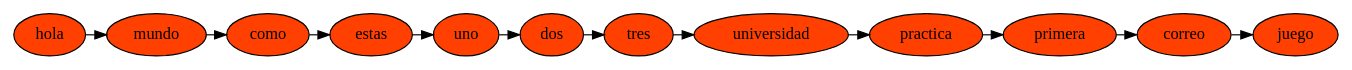
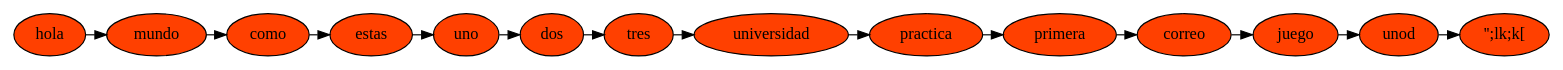
The diagram in practica1Scrabble/diccionario.dot (Toto95/Practica1s12017_201408515), drawn with Graphviz before and after one commit. The commit also changed 43 other files, not shown here.

```diff
--- a/practica1Scrabble/diccionario.dot
+++ b/practica1Scrabble/diccionario.dot
@@ -1,36 +1,42 @@
 digraph B{
-nodo1433899693 -> nodo1178848161
-{rank = same; nodo1433899693 nodo1178848161}
-nodo1433899693[label="hola",style=filled, fillcolor="#FF4000"]
-nodo1178848161 -> nodo1149199685
-{rank = same; nodo1178848161 nodo1149199685}
-nodo1178848161[label="mundo",style=filled, fillcolor="#FF4000"]
-nodo1149199685 -> nodo1822855035
-{rank = same; nodo1149199685 nodo1822855035}
-nodo1149199685[label="como",style=filled, fillcolor="#FF4000"]
-nodo1822855035 -> nodo95263416
-{rank = same; nodo1822855035 nodo95263416}
-nodo1822855035[label="estas",style=filled, fillcolor="#FF4000"]
-nodo95263416 -> nodo1567315823
-{rank = same; nodo95263416 nodo1567315823}
-nodo95263416[label="uno",style=filled, fillcolor="#FF4000"]
-nodo1567315823 -> nodo1644250314
-{rank = same; nodo1567315823 nodo1644250314}
-nodo1567315823[label="dos",style=filled, fillcolor="#FF4000"]
-nodo1644250314 -> nodo981779110
-{rank = same; nodo1644250314 nodo981779110}
-nodo1644250314[label="tres",style=filled, fillcolor="#FF4000"]
-nodo981779110 -> nodo1393944340
-{rank = same; nodo981779110 nodo1393944340}
-nodo981779110[label="universidad",style=filled, fillcolor="#FF4000"]
-nodo1393944340 -> nodo1422000694
-{rank = same; nodo1393944340 nodo1422000694}
-nodo1393944340[label="practica",style=filled, fillcolor="#FF4000"]
-nodo1422000694 -> nodo1015884656
-{rank = same; nodo1422000694 nodo1015884656}
-nodo1422000694[label="primera",style=filled, fillcolor="#FF4000"]
-nodo1015884656 -> nodo536895413
-{rank = same; nodo1015884656 nodo536895413}
-nodo1015884656[label="correo",style=filled, fillcolor="#FF4000"]
-nodo536895413[label="juego",style=filled, fillcolor="#FF4000"]
+nodo900205517 -> nodo542994109
+{rank = same; nodo900205517 nodo542994109}
+nodo900205517[label="hola",style=filled, fillcolor="#FF4000"]
+nodo542994109 -> nodo1962109422
+{rank = same; nodo542994109 nodo1962109422}
+nodo542994109[label="mundo",style=filled, fillcolor="#FF4000"]
+nodo1962109422 -> nodo822101732
+{rank = same; nodo1962109422 nodo822101732}
+nodo1962109422[label="como",style=filled, fillcolor="#FF4000"]
+nodo822101732 -> nodo1149486442
+{rank = same; nodo822101732 nodo1149486442}
+nodo822101732[label="estas",style=filled, fillcolor="#FF4000"]
+nodo1149486442 -> nodo266367937
+{rank = same; nodo1149486442 nodo266367937}
+nodo1149486442[label="uno",style=filled, fillcolor="#FF4000"]
+nodo266367937 -> nodo1614006218
+{rank = same; nodo266367937 nodo1614006218}
+nodo266367937[label="dos",style=filled, fillcolor="#FF4000"]
+nodo1614006218 -> nodo1404537422
+{rank = same; nodo1614006218 nodo1404537422}
+nodo1614006218[label="tres",style=filled, fillcolor="#FF4000"]
+nodo1404537422 -> nodo163954119
+{rank = same; nodo1404537422 nodo163954119}
+nodo1404537422[label="universidad",style=filled, fillcolor="#FF4000"]
+nodo163954119 -> nodo87533893
+{rank = same; nodo163954119 nodo87533893}
+nodo163954119[label="practica",style=filled, fillcolor="#FF4000"]
+nodo87533893 -> nodo2068067262
+{rank = same; nodo87533893 nodo2068067262}
+nodo87533893[label="primera",style=filled, fillcolor="#FF4000"]
+nodo2068067262 -> nodo340665186
+{rank = same; nodo2068067262 nodo340665186}
+nodo2068067262[label="correo",style=filled, fillcolor="#FF4000"]
+nodo340665186 -> nodo1264295258
+{rank = same; nodo340665186 nodo1264295258}
+nodo340665186[label="juego",style=filled, fillcolor="#FF4000"]
+nodo1264295258 -> nodo372239644
+{rank = same; nodo1264295258 nodo372239644}
+nodo1264295258[label="unod",style=filled, fillcolor="#FF4000"]
+nodo372239644[label="'';lk;k[",style=filled, fillcolor="#FF4000"]
 }
```
